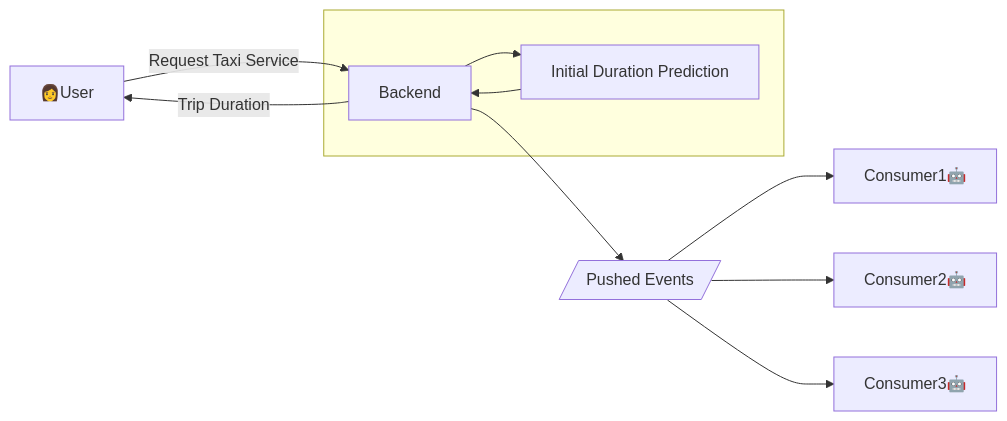
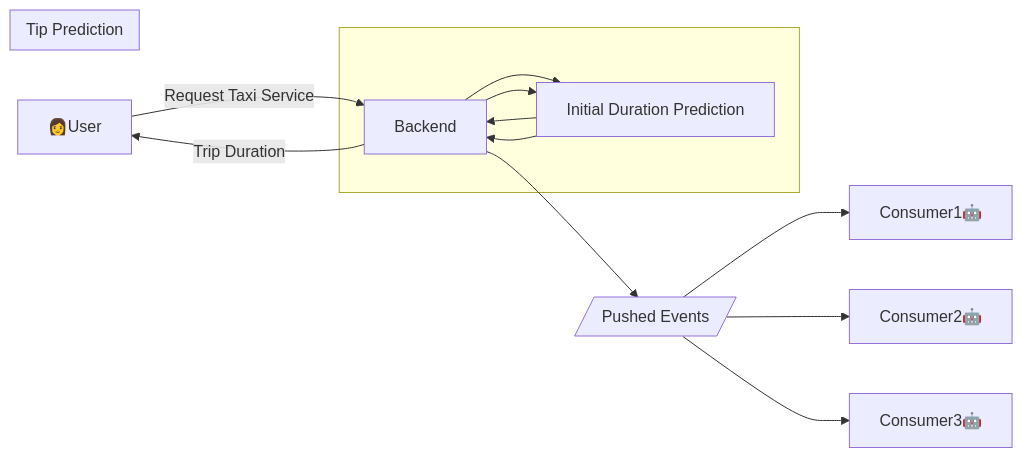
The fifth of 5 diagrams in week04/README.md (mossdet/mlops-dlp), drawn with Mermaid before and after one commit.

````diff
--- a/week04/README.md
+++ b/week04/README.md
@@ -72,11 +72,15 @@
 ```mermaid
 graph LR
     User[👩User]--> |Request Taxi Service| Backend[Backend]
     Backend--> |Trip Duration| User
     Backend--> Events[/Pushed Events/]
     Events --> Consumer1[Consumer1🤖] & Consumer2[Consumer2🤖] & Consumer3[Consumer3🤖]
 
-    subgraph noteB [" "]
+    subgraph noteBackend [" "]
+        Backend--> note["Initial Duration Prediction"]--> Backend
+    end
+
+    subgraph noteConsumer1 ["Tip Prediction"]
         Backend--> note["Initial Duration Prediction"]--> Backend
     end
 ```
````
